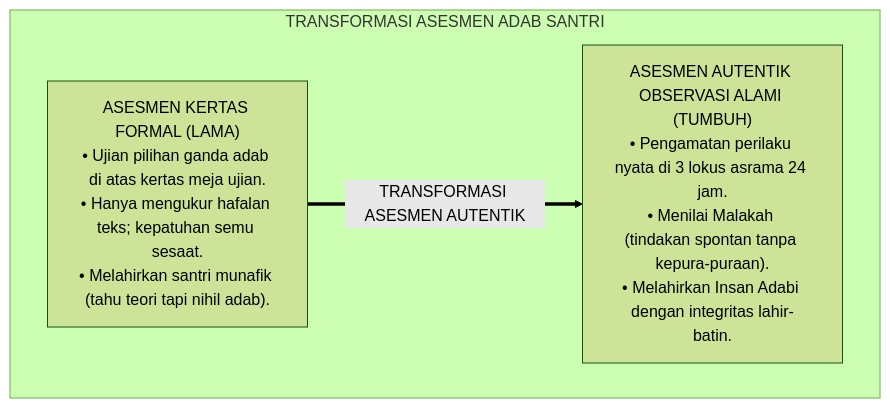
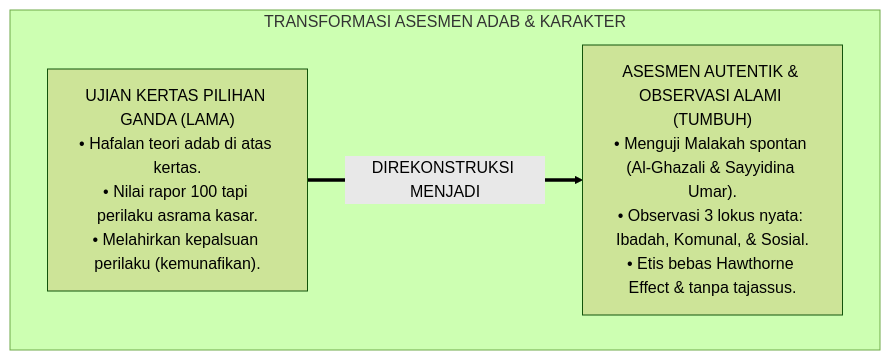
The first of 3 diagrams in 02 Principles/05 Assessment Principles/P2-05-01-Prinsip-Asesmen-Autentik-dan-Observasi-Alami.md (wandiapriliyandi/tumbuh), drawn with Mermaid (forest theme) before and after one commit. The commit also changed other lines of this file and 6 other files, not shown here.

````diff
--- a/02 Principles/05 Assessment Principles/P2-05-01-Prinsip-Asesmen-Autentik-dan-Observasi-Alami.md
+++ b/02 Principles/05 Assessment Principles/P2-05-01-Prinsip-Asesmen-Autentik-dan-Observasi-Alami.md
@@ -62,10 +56,10 @@
 ```mermaid
 flowchart TD
-    subgraph TransformasiEvaluasiAkhlak["TRANSFORMASI ASESMEN ADAB SANTRI"]
-        KertasKering["ASESMEN KERTAS FORMAL (LAMA)<br/>• Ujian pilihan ganda adab di atas kertas meja ujian.<br/>• Hanya mengukur hafalan teks; kepatuhan semu sesaat.<br/>• Melahirkan santri munafik (tahu teori tapi nihil adab)."]
+    subgraph TransformasiAsesmenKarakter["TRANSFORMASI ASESMEN ADAB & KARAKTER"]
+        PolaKertasLama["UJIAN KERTAS PILIHAN GANDA (LAMA)<br/>• Hafalan teori adab di atas kertas.<br/>• Nilai rapor 100 tapi perilaku asrama kasar.<br/>• Melahirkan kepalsuan perilaku (kemunafikan)."]
         
-        AutentikTUMBUH["ASESMEN AUTENTIK OBSERVASI ALAMI (TUMBUH)<br/>• Pengamatan perilaku nyata di 3 lokus asrama 24 jam.<br/>• Menilai Malakah (tindakan spontan tanpa kepura-puraan).<br/>• Melahirkan Insan Adabi dengan integritas lahir-batin."]
+        PolaAutentikTUMBUH["ASESMEN AUTENTIK & OBSERVASI ALAMI (TUMBUH)<br/>• Menguji Malakah spontan (Al-Ghazali & Sayyidina Umar).<br/>• Observasi 3 lokus nyata: Ibadah, Komunal, & Sosial.<br/>• Etis bebas Hawthorne Effect & tanpa tajassus."]
         
-        KertasKering ==>|TRANSFORMASI ASESMEN AUTENTIK| AutentikTUMBUH
+        PolaKertasLama ==>|DIREKONSTRUKSI MENJADI| PolaAutentikTUMBUH
     end
 ```
````
